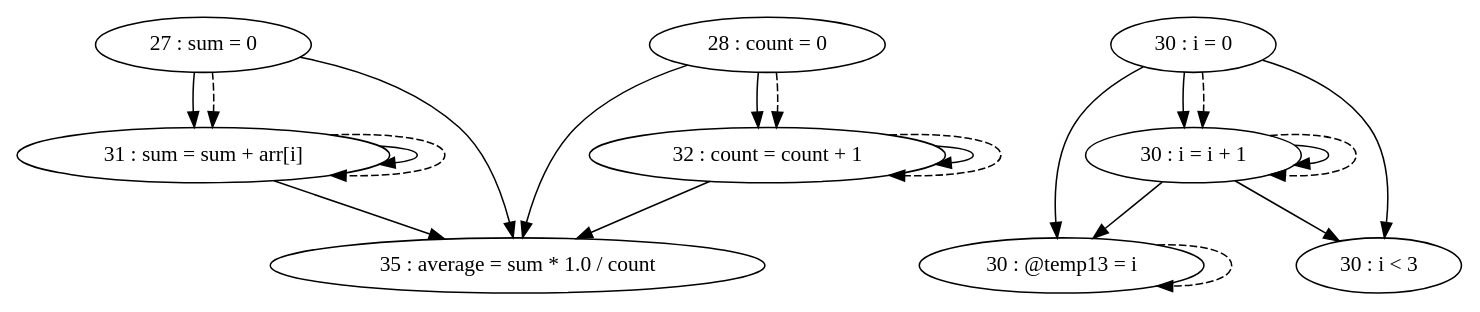
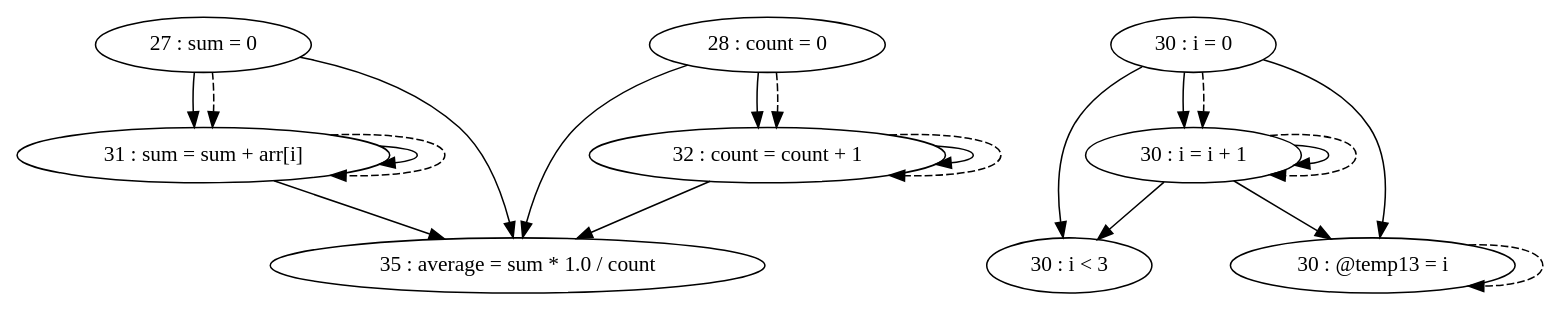
The diagram in pdg/source/testFiles/TestCases/TestCase4/TestCase4-test2.gv (thomassimko/thesis-code-duplication), drawn with Graphviz before and after one commit. The commit also changed other lines of this file and 107 other files, not shown here.

```diff
--- a/pdg/source/testFiles/TestCases/TestCase4/TestCase4-test2.gv
+++ b/pdg/source/testFiles/TestCases/TestCase4/TestCase4-test2.gv
@@ -1,32 +1,32 @@
 digraph G {
 "27 : sum = 0"
 "27 : sum = 0" -> "31 : sum = sum + arr[i]"
 "27 : sum = 0" -> "35 : average = sum * 1.0 / count"
 "27 : sum = 0" -> "31 : sum = sum + arr[i]" [style=dashed]
 "28 : count = 0"
 "28 : count = 0" -> "35 : average = sum * 1.0 / count"
 "28 : count = 0" -> "32 : count = count + 1"
 "28 : count = 0" -> "32 : count = count + 1" [style=dashed]
 "30 : i = 0"
+"30 : i = 0" -> "30 : i < 3"
+"30 : i = 0" -> "30 : @temp13 = i"
 "30 : i = 0" -> "30 : i = i + 1"
-"30 : i = 0" -> "30 : @temp13 = i"
-"30 : i = 0" -> "30 : i < 3"
 "30 : i = 0" -> "30 : i = i + 1" [style=dashed]
 "30 : i < 3"
 "31 : sum = sum + arr[i]"
 "31 : sum = sum + arr[i]" -> "31 : sum = sum + arr[i]"
 "31 : sum = sum + arr[i]" -> "35 : average = sum * 1.0 / count"
 "31 : sum = sum + arr[i]" -> "31 : sum = sum + arr[i]" [style=dashed]
 "32 : count = count + 1"
 "32 : count = count + 1" -> "35 : average = sum * 1.0 / count"
 "32 : count = count + 1" -> "32 : count = count + 1"
 "32 : count = count + 1" -> "32 : count = count + 1" [style=dashed]
 "30 : @temp13 = i"
 "30 : @temp13 = i" -> "30 : @temp13 = i" [style=dashed]
 "30 : i = i + 1"
+"30 : i = i + 1" -> "30 : i < 3"
+"30 : i = i + 1" -> "30 : @temp13 = i"
 "30 : i = i + 1" -> "30 : i = i + 1"
-"30 : i = i + 1" -> "30 : @temp13 = i"
-"30 : i = i + 1" -> "30 : i < 3"
 "30 : i = i + 1" -> "30 : i = i + 1" [style=dashed]
 "35 : average = sum * 1.0 / count"
 }
```
